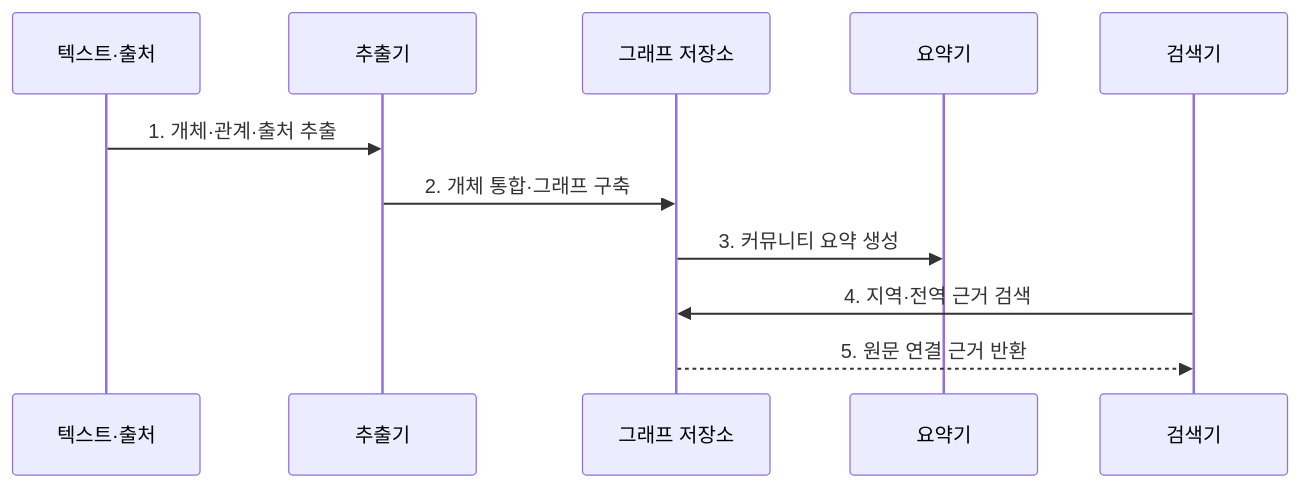
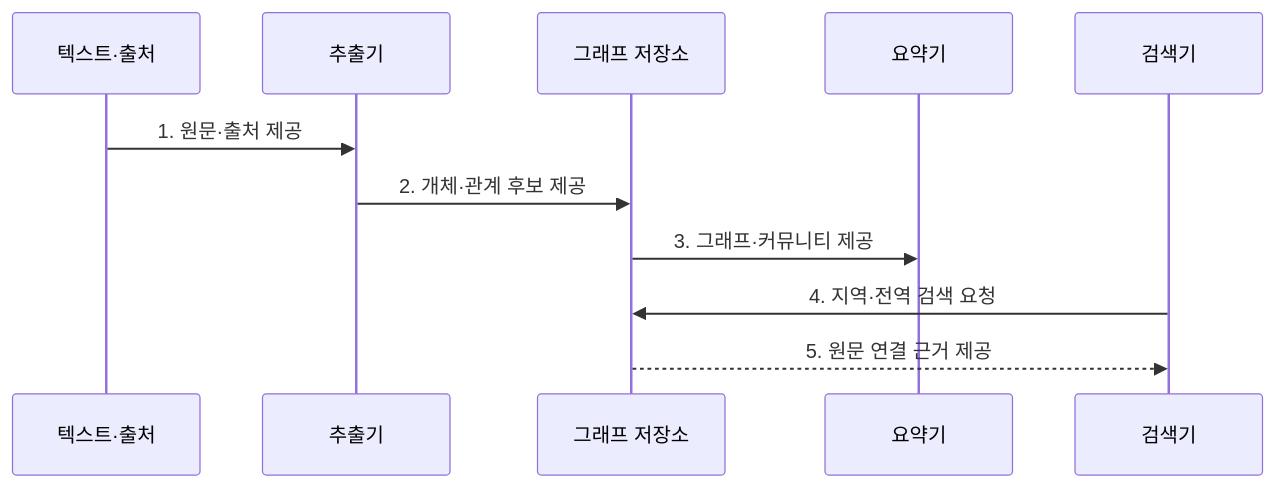
One commit to agnusdei1207/knowledge-base changed the second of 2 diagrams in src/content/docs/notes/08-latest-tech/072_graph_rag.md. Above: the diagram before and after it, drawn with Mermaid. The commit also changed other lines of this file and 225 other files, not shown here.

````diff
--- a/src/content/docs/notes/08-latest-tech/072_graph_rag.md
+++ b/src/content/docs/notes/08-latest-tech/072_graph_rag.md
@@ -80,13 +80,13 @@
 ```mermaid
 sequenceDiagram
   participant S as 텍스트·출처
   participant X as 추출기
   participant G as 그래프 저장소
   participant C as 요약기
   participant R as 검색기
-  S->>X: 1. 개체·관계·출처 추출
-  X->>G: 2. 개체 통합·그래프 구축
-  G->>C: 3. 커뮤니티 요약 생성
-  R->>G: 4. 지역·전역 근거 검색
-  G-->>R: 5. 원문 연결 근거 반환
+  S->>X: 1. 원문·출처 제공
+  X->>G: 2. 개체·관계 후보 제공
+  G->>C: 3. 그래프·커뮤니티 제공
+  R->>G: 4. 지역·전역 검색 요청
+  G-->>R: 5. 원문 연결 근거 제공
 ```
````
